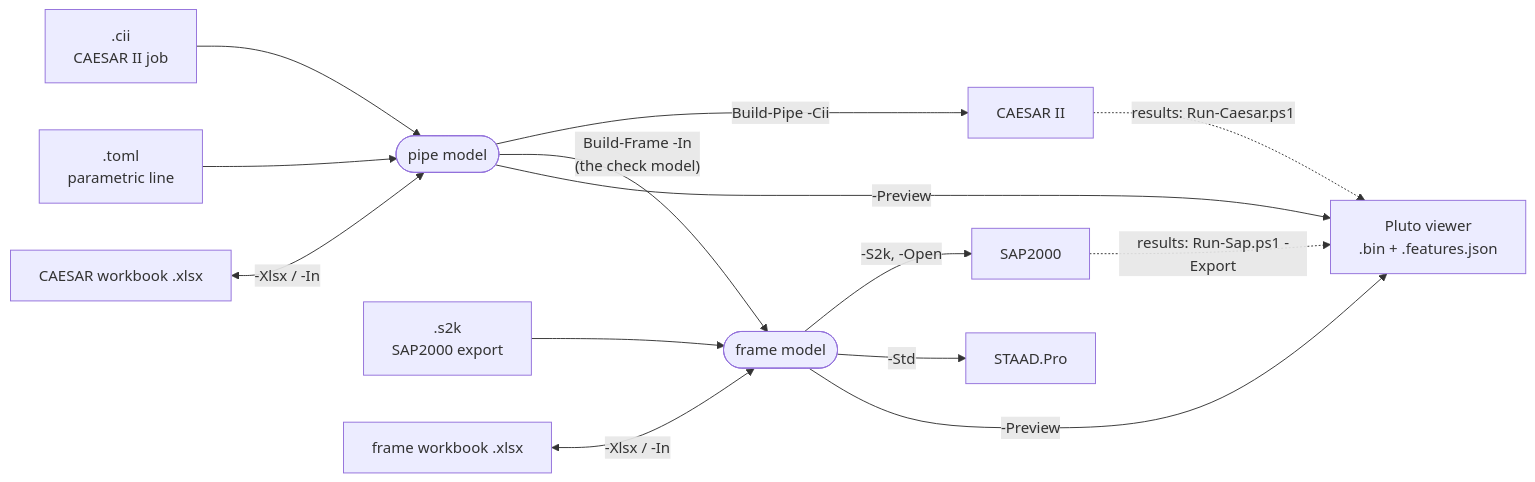
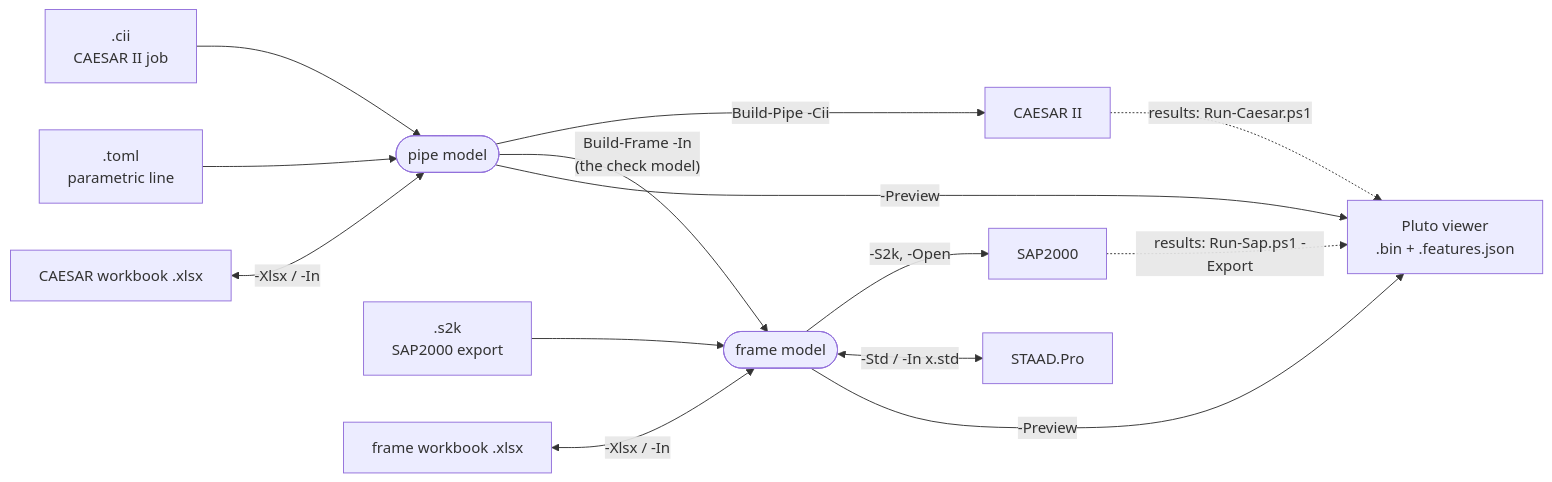
One commit to alan-smith-vt/Pluto changed the diagram in vault/arms/pipe-and-frame-workflow.md. Above: the diagram before and after it, drawn with Mermaid. The commit also changed other lines of this file and 12 other files, not shown here.

````diff
--- a/vault/arms/pipe-and-frame-workflow.md
+++ b/vault/arms/pipe-and-frame-workflow.md
@@ -18,18 +18,18 @@
 ```mermaid
 flowchart LR
   CII[".cii<br/>CAESAR II job"] --> PM
   TOML[".toml<br/>parametric line"] --> PM
   PWB["CAESAR workbook .xlsx"] <-->|"-Xlsx / -In"| PM
   PM(["pipe model"])
   PM -->|"Build-Pipe -Cii"| CAESAR["CAESAR II"]
   PM -->|"Build-Frame -In<br/>(the check model)"| FM
   S2K[".s2k<br/>SAP2000 export"] --> FM
   FWB["frame workbook .xlsx"] <-->|"-Xlsx / -In"| FM
   FM(["frame model"])
   FM -->|"-S2k, -Open"| SAP["SAP2000"]
-  FM -->|"-Std"| STAAD["STAAD.Pro"]
+  FM <-->|"-Std / -In x.std"| STAAD["STAAD.Pro"]
   PM -->|"-Preview"| VIEW["Pluto viewer<br/>.bin + .features.json"]
   FM -->|"-Preview"| VIEW
   CAESAR -.->|"results: Run-Caesar.ps1"| VIEW
   SAP -.->|"results: Run-Sap.ps1 -Export"| VIEW
 ```
````
